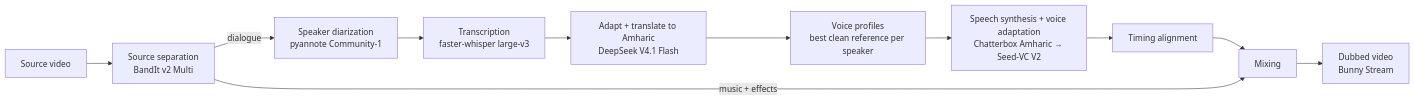
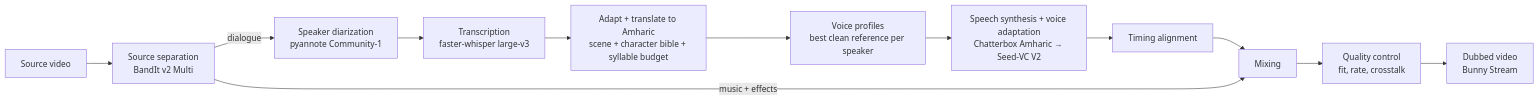
Before and after one commit to ababuu/amharic-dub: the diagram in README.md, drawn with Mermaid. The commit also changed other lines of this file and 20 other files, not shown here.

````diff
--- a/README.md
+++ b/README.md
@@ -20,13 +20,14 @@
 ```mermaid
 flowchart LR
     V[Source video] --> SEP[Source separation<br/>BandIt v2 Multi]
     SEP -->|dialogue| DIA[Speaker diarization<br/>pyannote Community-1]
     DIA --> ASR[Transcription<br/>faster-whisper large-v3]
-    ASR --> TR[Adapt + translate to Amharic<br/>DeepSeek V4.1 Flash]
+    ASR --> TR[Adapt + translate to Amharic<br/>scene + character bible + syllable budget]
     TR --> VP[Voice profiles<br/>best clean reference per speaker]
     VP --> TTS[Speech synthesis + voice adaptation<br/>Chatterbox Amharic → Seed-VC V2]
     TTS --> TIM[Timing alignment]
     TIM --> MIX[Mixing]
     SEP -->|music + effects| MIX
-    MIX --> OUT[Dubbed video<br/>Bunny Stream]
+    MIX --> QC[Quality control<br/>fit, rate, crosstalk]
+    QC --> OUT[Dubbed video<br/>Bunny Stream]
 ```
````
